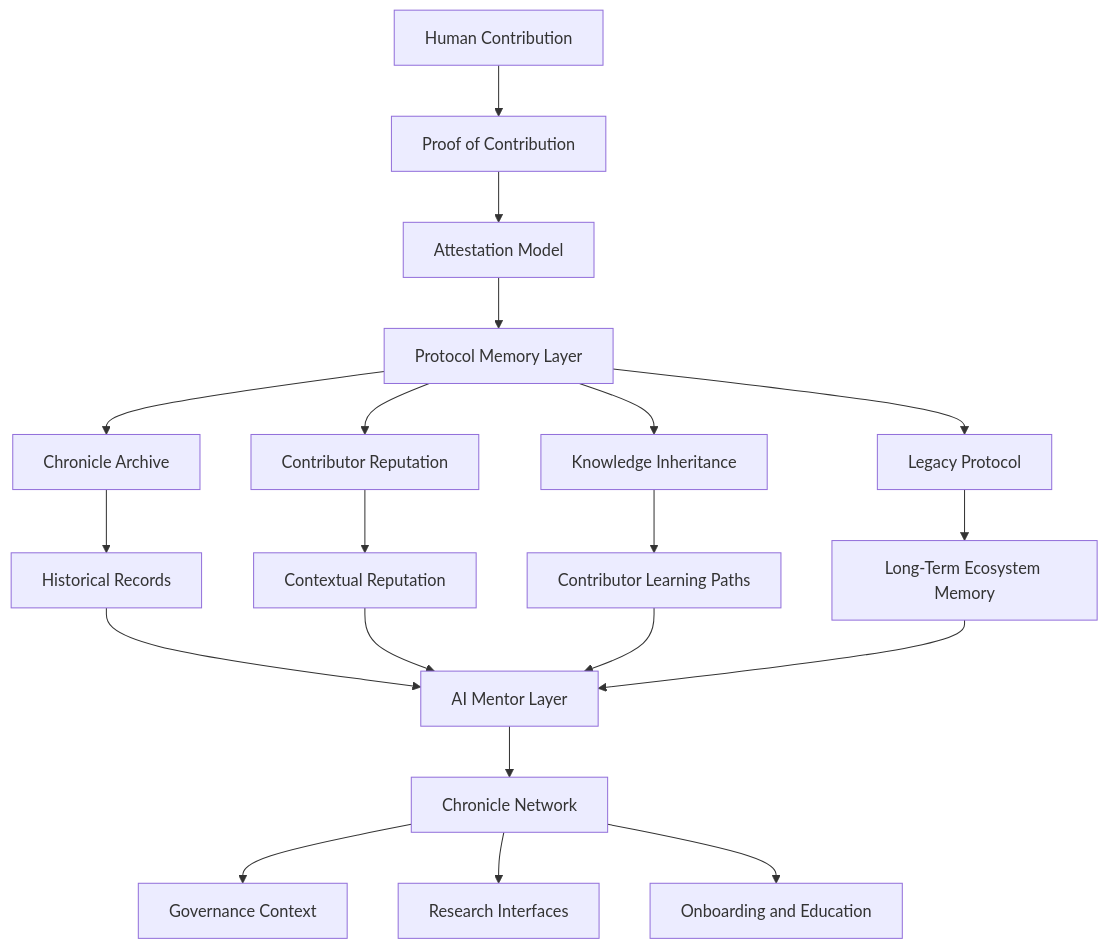
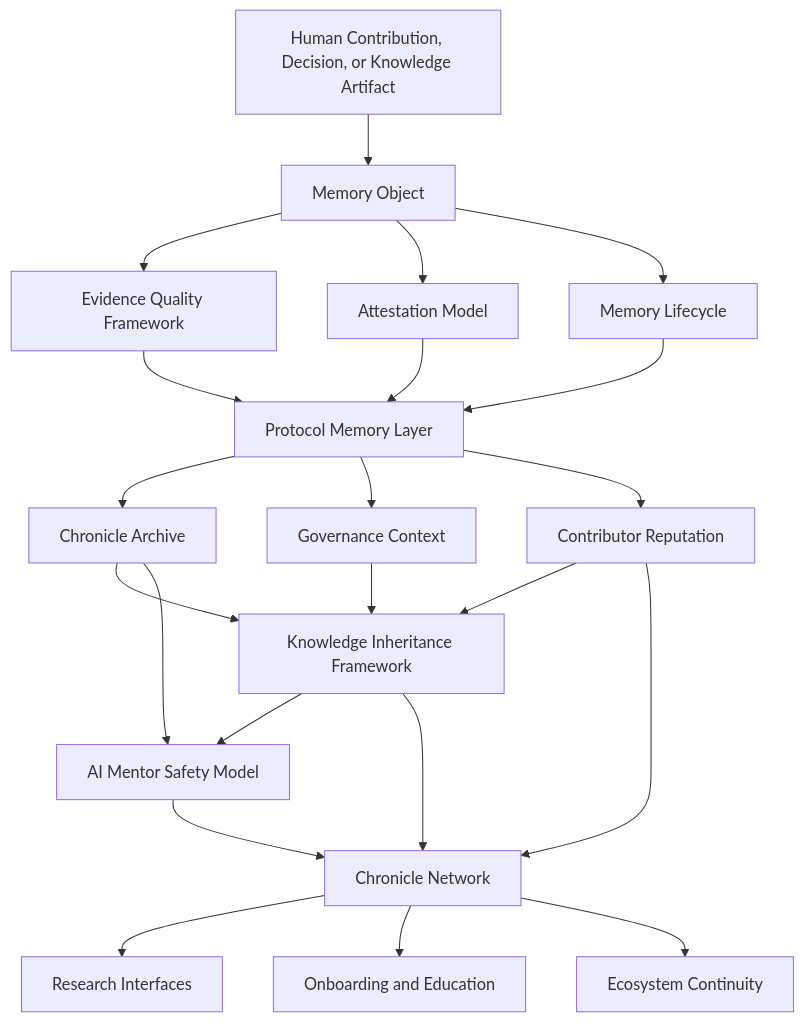
Before and after one commit to satoshi-Qore/chronicle-legacy-protocol: the diagram in docs/Architecture_Diagram.md, drawn with Mermaid. The commit also changed other lines of this file, not shown here.

Commit message:
Center architecture diagram on memory objects

````diff
--- a/docs/Architecture_Diagram.md
+++ b/docs/Architecture_Diagram.md
@@ -11,26 +11,31 @@
 ```mermaid
 flowchart TD
-    A[Human Contribution] --> B[Proof of Contribution]
-    B --> C[Attestation Model]
-    C --> D[Protocol Memory Layer]
+    A["Human Contribution, Decision, or Knowledge Artifact"] --> B["Memory Object"]
 
-    D --> E[Chronicle Archive]
-    D --> F[Contributor Reputation]
-    D --> G[Knowledge Inheritance]
-    D --> H[Legacy Protocol]
+    B --> C["Evidence Quality Framework"]
+    B --> D["Attestation Model"]
+    B --> E["Memory Lifecycle"]
 
-    E --> I[Historical Records]
-    F --> J[Contextual Reputation]
-    G --> K[Contributor Learning Paths]
-    H --> L[Long-Term Ecosystem Memory]
+    C --> F["Protocol Memory Layer"]
+    D --> F
+    E --> F
 
-    I --> M[AI Mentor Layer]
-    J --> M
-    K --> M
-    L --> M
+    F --> G["Chronicle Archive"]
+    F --> H["Governance Context"]
+    F --> I["Contributor Reputation"]
 
-    M --> N[Chronicle Network]
-    N --> O[Governance Context]
-    N --> P[Research Interfaces]
-    N --> Q[Onboarding and Education]
+    G --> J["Knowledge Inheritance Framework"]
+    H --> J
+    I --> J
+
+    J --> K["AI Mentor Safety Model"]
+    G --> K
+
+    K --> L["Chronicle Network"]
+    J --> L
+    I --> L
+
+    L --> M["Research Interfaces"]
+    L --> N["Onboarding and Education"]
+    L --> O["Ecosystem Continuity"]
 ```
````
